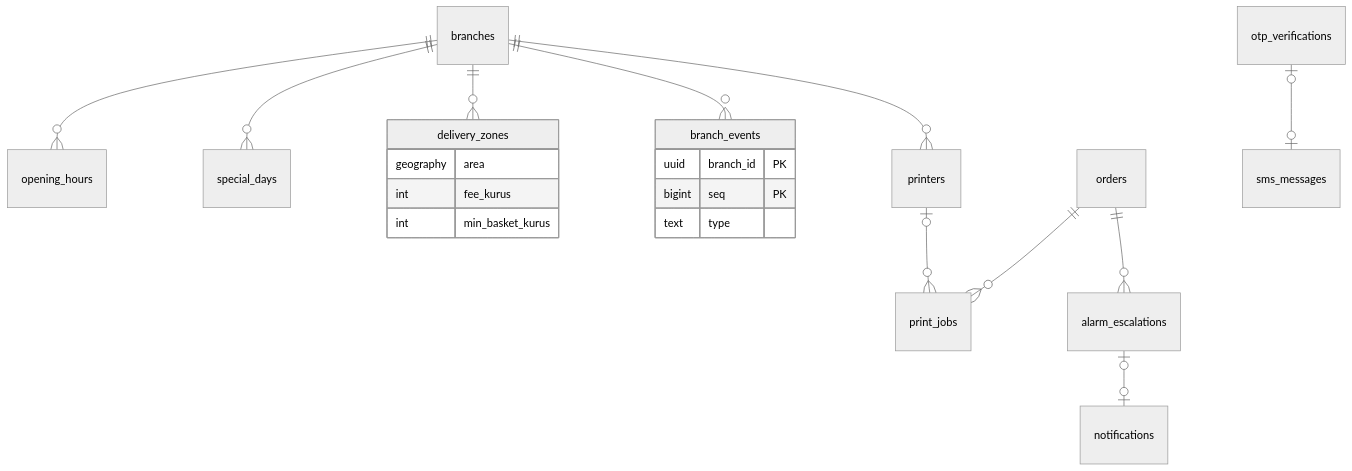
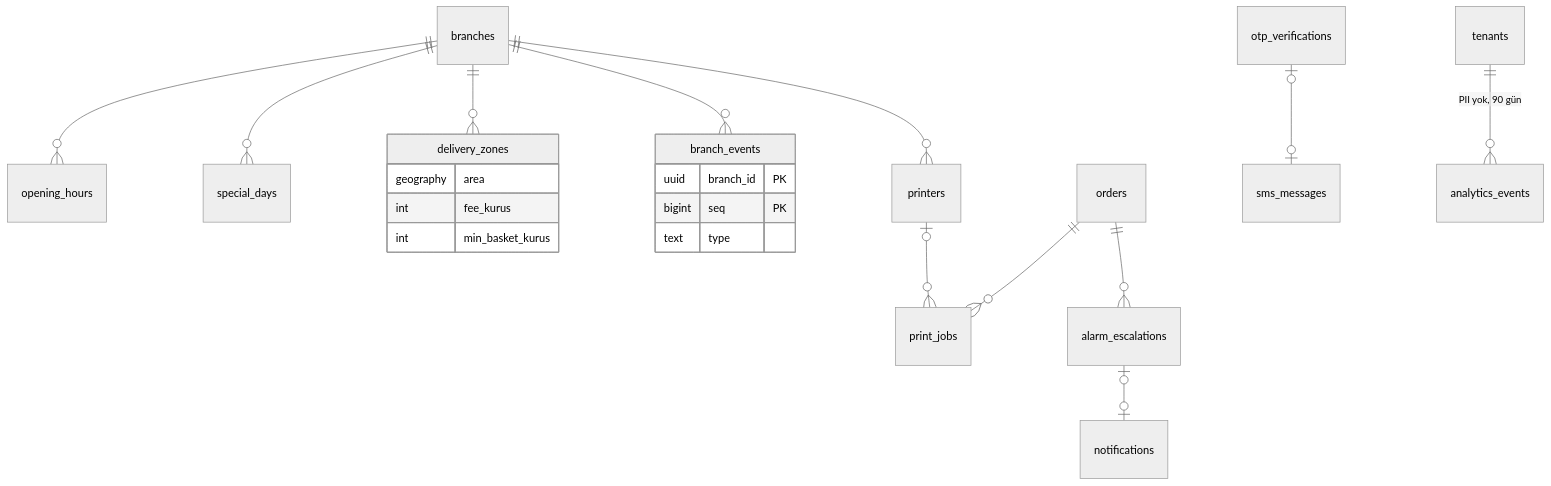
The fifth of 10 diagrams in docs/07-veri-modeli-ve-api.md (eraycaylak/siparisinonunde), drawn with Mermaid (neutral theme) before and after one commit. The commit also changed other lines of this file and 9 other files, not shown here.

````diff
--- a/docs/07-veri-modeli-ve-api.md
+++ b/docs/07-veri-modeli-ve-api.md
@@ -258,23 +258,24 @@
 ```mermaid
 erDiagram
   branches ||--o{ opening_hours : ""
   branches ||--o{ special_days : ""
   branches ||--o{ delivery_zones : ""
   branches ||--o{ branch_events : ""
   branches ||--o{ printers : ""
   printers |o--o{ print_jobs : ""
   orders ||--o{ print_jobs : ""
   orders ||--o{ alarm_escalations : ""
   alarm_escalations |o--o| notifications : ""
   otp_verifications |o--o| sms_messages : ""
+  tenants ||--o{ analytics_events : "PII yok, 90 gün"
   delivery_zones {
     geography area
     int fee_kurus
     int min_basket_kurus
   }
   branch_events {
     uuid branch_id PK
     bigint seq PK
     text type
   }
 ```
````
